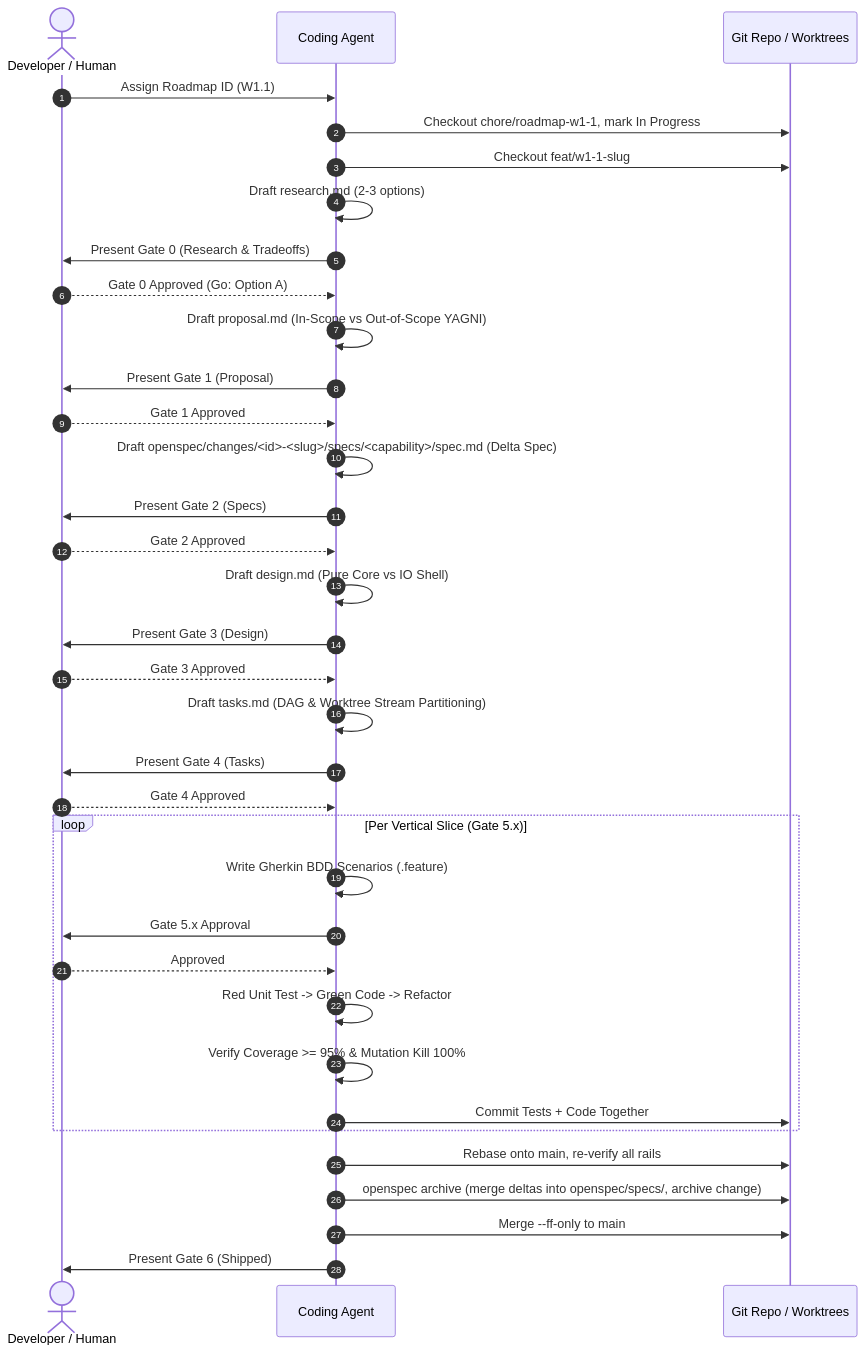
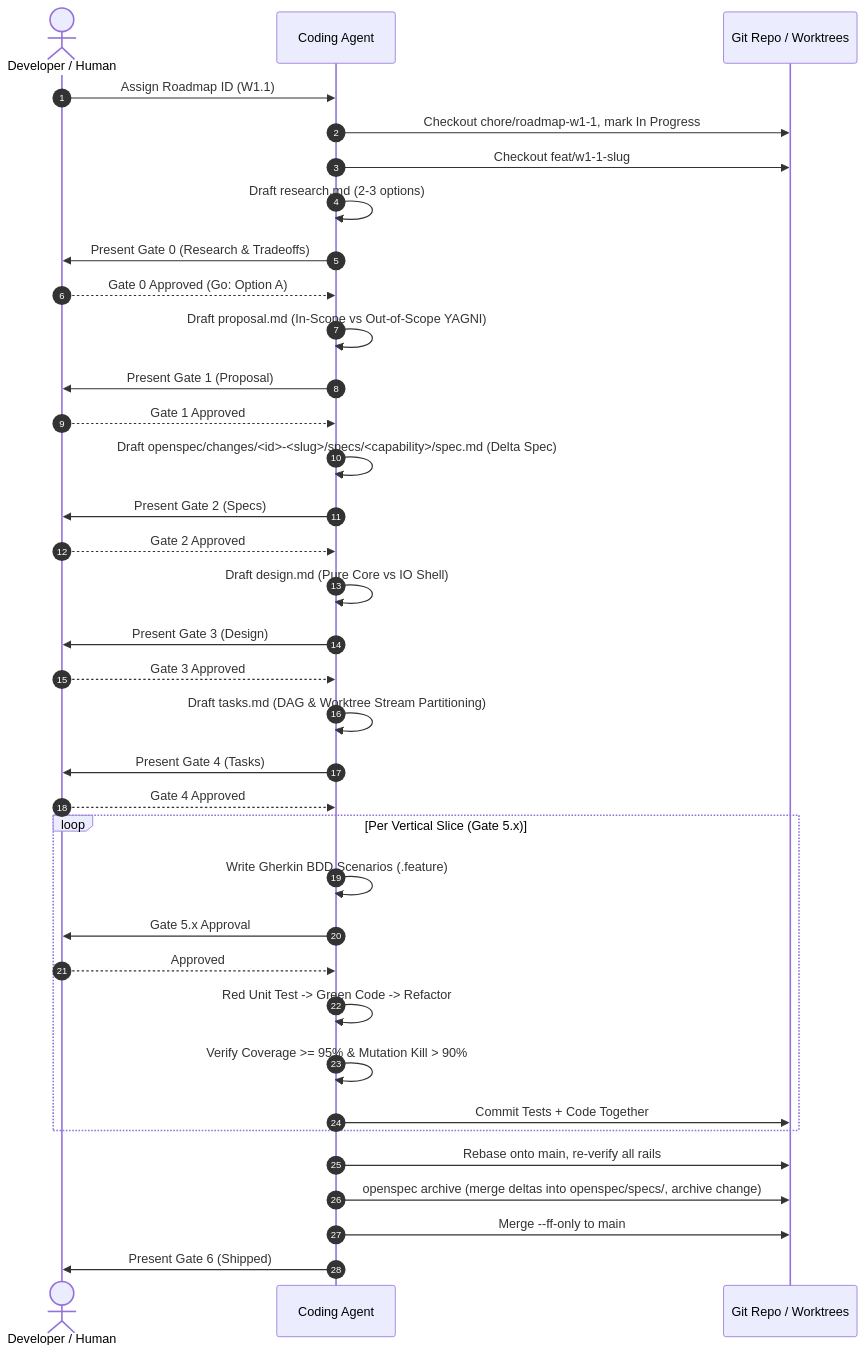
Before and after one commit to mgabs/spec-rails: the third of 4 diagrams in docs/WAY_OF_WORKING.md, drawn with Mermaid. The commit also changed other lines of this file and 32 other files, not shown here.

````diff
--- a/docs/WAY_OF_WORKING.md
+++ b/docs/WAY_OF_WORKING.md
@@ -103,44 +103,44 @@
 ```mermaid
 sequenceDiagram
     autonumber
     actor Human as Developer / Human
     participant Agent as Coding Agent
     participant Git as Git Repo / Worktrees
 
     Human->>Agent: Assign Roadmap ID (W1.1)
     Agent->>Git: Checkout chore/roadmap-w1-1, mark In Progress
     Agent->>Git: Checkout feat/w1-1-slug
     Agent->>Agent: Draft research.md (2-3 options)
     Agent->>Human: Present Gate 0 (Research & Tradeoffs)
     Human-->>Agent: Gate 0 Approved (Go: Option A)
 
     Agent->>Agent: Draft proposal.md (In-Scope vs Out-of-Scope YAGNI)
     Agent->>Human: Present Gate 1 (Proposal)
     Human-->>Agent: Gate 1 Approved
 
     Agent->>Agent: Draft openspec/changes/<id>-<slug>/specs/<capability>/spec.md (Delta Spec)
     Agent->>Human: Present Gate 2 (Specs)
     Human-->>Agent: Gate 2 Approved
 
     Agent->>Agent: Draft design.md (Pure Core vs IO Shell)
     Agent->>Human: Present Gate 3 (Design)
     Human-->>Agent: Gate 3 Approved
 
     Agent->>Agent: Draft tasks.md (DAG & Worktree Stream Partitioning)
     Agent->>Human: Present Gate 4 (Tasks)
     Human-->>Agent: Gate 4 Approved
 
     loop Per Vertical Slice (Gate 5.x)
         Agent->>Agent: Write Gherkin BDD Scenarios (.feature)
         Agent->>Human: Gate 5.x Approval
         Human-->>Agent: Approved
         Agent->>Agent: Red Unit Test -> Green Code -> Refactor
-        Agent->>Agent: Verify Coverage >= 95% & Mutation Kill 100%
+        Agent->>Agent: Verify Coverage >= 95% & Mutation Kill > 90%
         Agent->>Git: Commit Tests + Code Together
     end
 
     Agent->>Git: Rebase onto main, re-verify all rails
     Agent->>Git: openspec archive (merge deltas into openspec/specs/, archive change)
     Agent->>Git: Merge --ff-only to main
     Agent->>Human: Present Gate 6 (Shipped)
 ```
````
